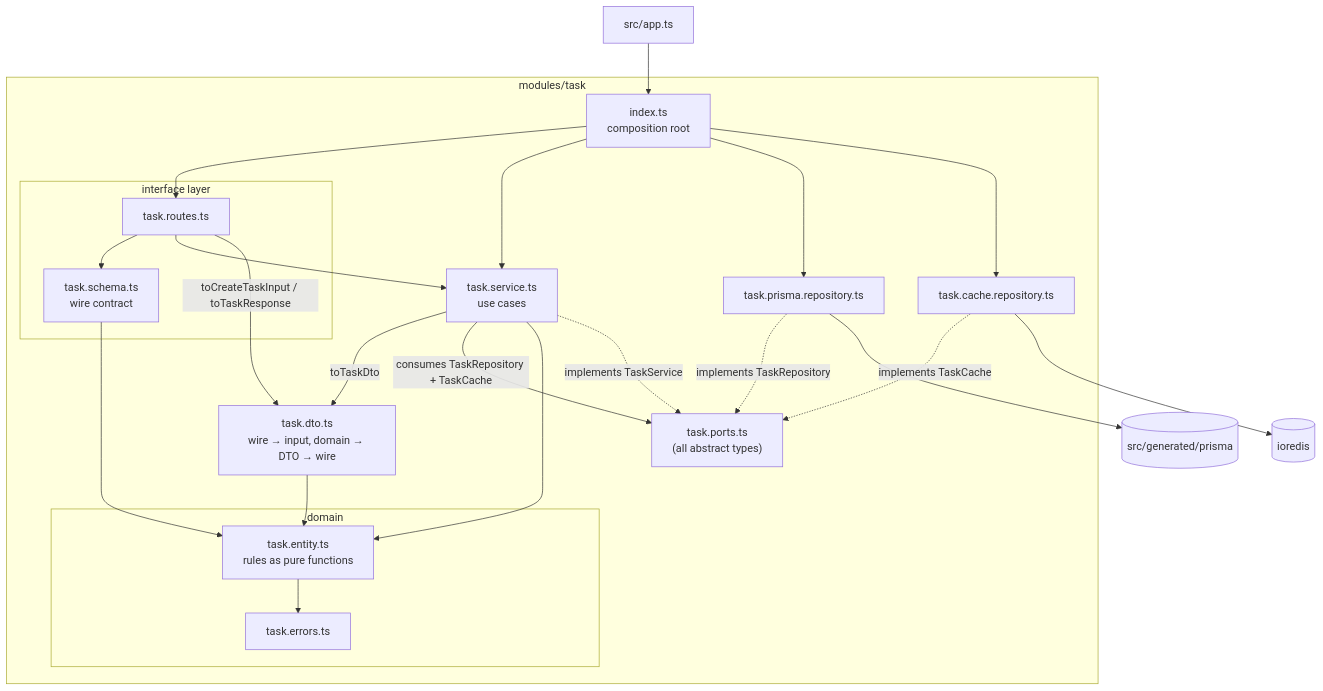
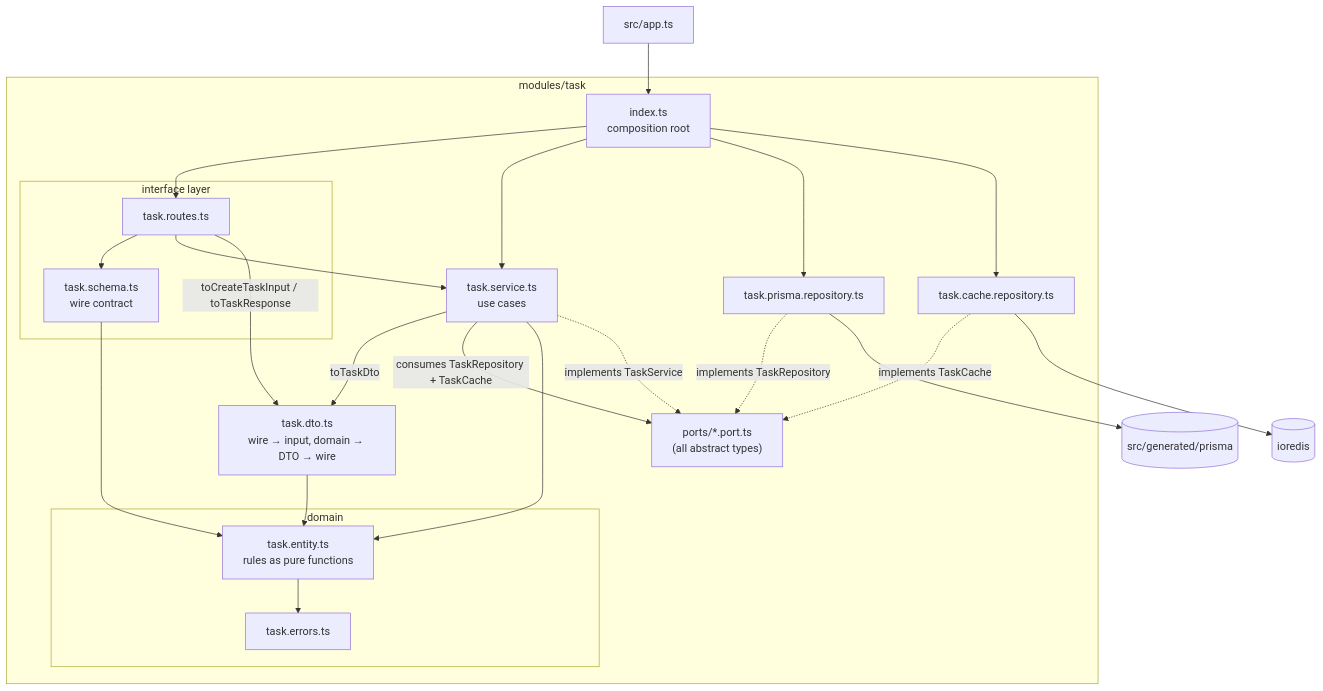
Before and after one commit to Luxlorys/quizzzy-api: the diagram in ARCHITECTURE.md, drawn with Mermaid. The commit also changed other lines of this file and 87 other files, not shown here.

````diff
--- a/ARCHITECTURE.md
+++ b/ARCHITECTURE.md
@@ -37,40 +46,40 @@
 ```mermaid
 flowchart TD
     subgraph module["modules/task"]
         IDX["index.ts<br/>composition root"]
         subgraph interface["interface layer"]
             R["task.routes.ts"]
             SCH["task.schema.ts<br/>wire contract"]
         end
         DTO["task.dto.ts<br/>wire → input, domain → DTO → wire"]
         SVC["task.service.ts<br/>use cases"]
-        PORT["task.ports.ts<br/>(all abstract types)"]
+        PORT["ports/*.port.ts<br/>(all abstract types)"]
         subgraph domain["domain"]
             E["task.entity.ts<br/>rules as pure functions"]
             ERR["task.errors.ts"]
         end
         DB["task.prisma.repository.ts"]
         CACHE["task.cache.repository.ts"]
     end
     PRISMA[("src/generated/prisma")]
     REDIS[("ioredis")]
     APP["src/app.ts"] --> IDX
     IDX --> R
     IDX --> SVC
     IDX --> DB
     IDX --> CACHE
     R --> SCH
     R --> SVC
     R -->|toCreateTaskInput / toTaskResponse| DTO
     SVC -->|toTaskDto| DTO
     DTO --> E
     SVC -->|consumes TaskRepository + TaskCache| PORT
     SVC --> E
     SVC -. implements TaskService .-> PORT
     DB -. implements TaskRepository .-> PORT
     CACHE -. implements TaskCache .-> PORT
     DB --> PRISMA
     CACHE --> REDIS
     SCH --> E
     E --> ERR
 ```
````
